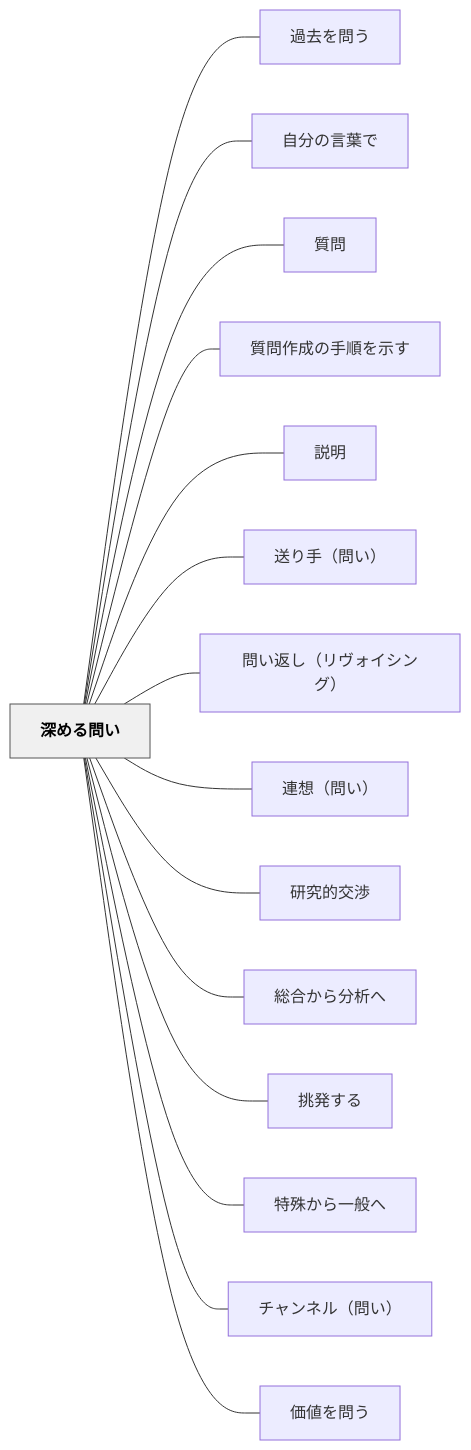
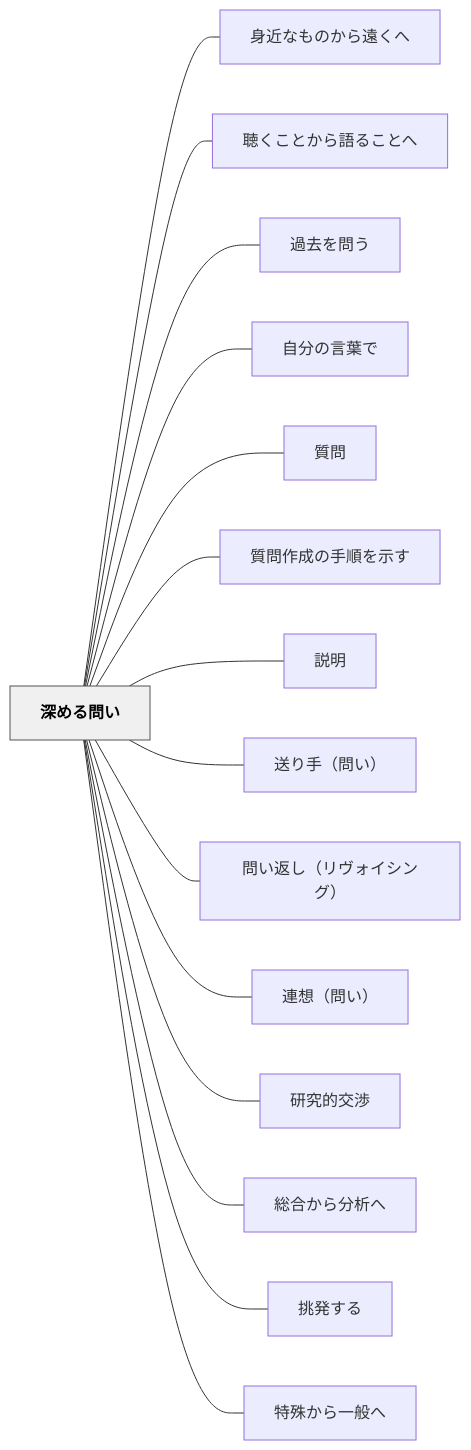
The diagram in content/パタン/深める問い.md (unknownthings-ed-patterns/unknownthings-ed-patterns), drawn with Mermaid before and after one commit. The commit also changed other lines of this file and 20 other files, not shown here.

````diff
--- a/content/パタン/深める問い.md
+++ b/content/パタン/深める問い.md
@@ -113,36 +115,36 @@
 ```mermaid
 flowchart LR
     ne6b7b1e38281e3828be5958fe38184["深める問い"]
+    ne8baabe8bf91e381aae38282e381aee3818be38289e981a0e3818fe381b8["身近なものから遠くへ"]
+    ne881b4e3818fe38193e381a8e3818be38289e8aa9ee3828be38193e381a8e381b8["聴くことから語ることへ"]
     ne9818ee58ebbe38292e5958fe38186["過去を問う"]
     ne887aae58886e381aee8a880e89189e381a7["自分の言葉で"]
     ne8b3aae5958f["質問"]
     ne8b3aae5958fe4bd9ce68890e381aee6898be9a086e38292e7a4bae38199["質問作成の手順を示す"]
     ne8aaace6988e["説明"]
     ne98081e3828ae6898befbc88e5958fe38184efbc89["送り手（問い）"]
     ne5958fe38184e8bf94e38197efbc88e383aae383b4e382a9e382a4e382b7e383b3e382b0efbc89["問い返し（リヴォイシング）"]
     ne980a3e683b3efbc88e5958fe38184efbc89["連想（問い）"]
     ne7a094e7a9b6e79a84e4baa4e6b889["研究的交渉"]
     ne7b78fe59088e3818be38289e58886e69e90e381b8["総合から分析へ"]
     ne68c91e799bae38199e3828b["挑発する"]
     ne789b9e6ae8ae3818be38289e4b880e888ace381b8["特殊から一般へ"]
-    ne38381e383a3e383b3e3838de383abefbc88e5958fe38184efbc89["チャンネル（問い）"]
-    ne4bea1e580a4e38292e5958fe38186["価値を問う"]
 
+    ne6b7b1e38281e3828be5958fe38184 --- ne8baabe8bf91e381aae38282e381aee3818be38289e981a0e3818fe381b8
+    ne6b7b1e38281e3828be5958fe38184 --- ne881b4e3818fe38193e381a8e3818be38289e8aa9ee3828be38193e381a8e381b8
     ne6b7b1e38281e3828be5958fe38184 --- ne9818ee58ebbe38292e5958fe38186
     ne6b7b1e38281e3828be5958fe38184 --- ne887aae58886e381aee8a880e89189e381a7
     ne6b7b1e38281e3828be5958fe38184 --- ne8b3aae5958f
     ne6b7b1e38281e3828be5958fe38184 --- ne8b3aae5958fe4bd9ce68890e381aee6898be9a086e38292e7a4bae38199
     ne6b7b1e38281e3828be5958fe38184 --- ne8aaace6988e
     ne6b7b1e38281e3828be5958fe38184 --- ne98081e3828ae6898befbc88e5958fe38184efbc89
     ne6b7b1e38281e3828be5958fe38184 --- ne5958fe38184e8bf94e38197efbc88e383aae383b4e382a9e382a4e382b7e383b3e382b0efbc89
     ne6b7b1e38281e3828be5958fe38184 --- ne980a3e683b3efbc88e5958fe38184efbc89
     ne6b7b1e38281e3828be5958fe38184 --- ne7a094e7a9b6e79a84e4baa4e6b889
     ne6b7b1e38281e3828be5958fe38184 --- ne7b78fe59088e3818be38289e58886e69e90e381b8
     ne6b7b1e38281e3828be5958fe38184 --- ne68c91e799bae38199e3828b
     ne6b7b1e38281e3828be5958fe38184 --- ne789b9e6ae8ae3818be38289e4b880e888ace381b8
-    ne6b7b1e38281e3828be5958fe38184 --- ne38381e383a3e383b3e3838de383abefbc88e5958fe38184efbc89
-    ne6b7b1e38281e3828be5958fe38184 --- ne4bea1e580a4e38292e5958fe38186
 
     classDef hub fill:#f0f0f0,stroke:#555,color:#000,font-weight:bold
     class ne6b7b1e38281e3828be5958fe38184 hub
 ```
````
